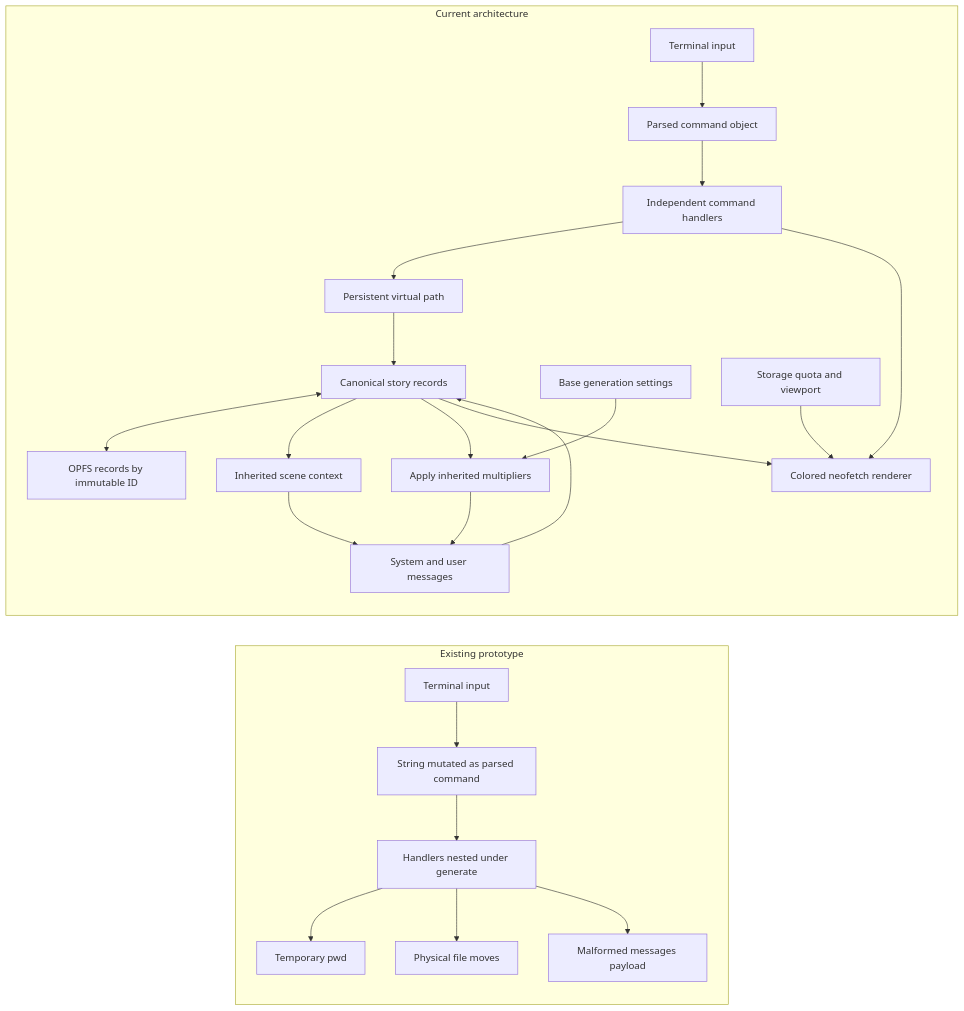
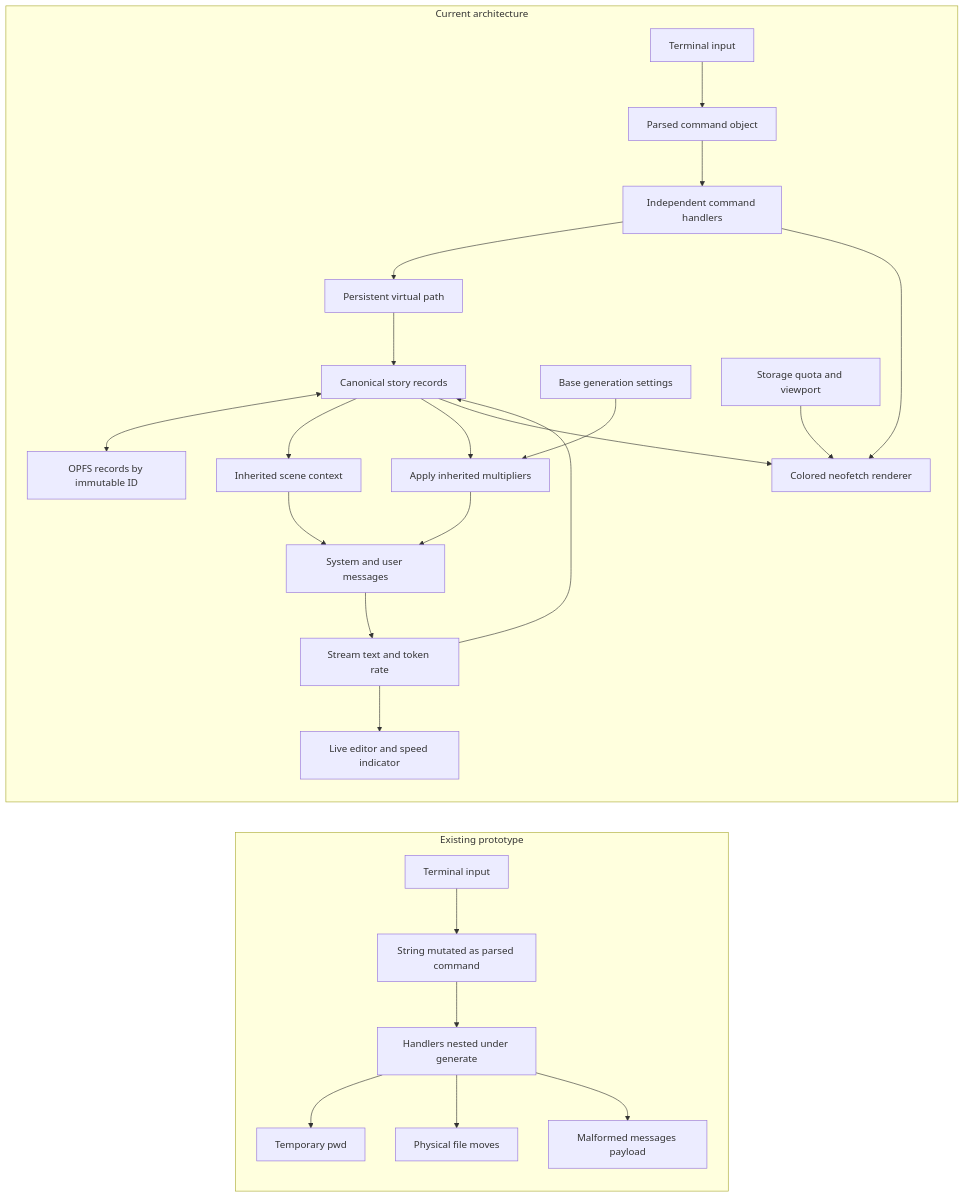
The diagram in README.md (Colin1337X/cherenkov), drawn with Mermaid before and after one commit. The commit also changed other lines of this file and 3 other files, not shown here.

Commit message:
Stream generation with token speed indicator

````diff
--- a/README.md
+++ b/README.md
@@ -64,29 +66,31 @@
 ```mermaid
 flowchart LR
     subgraph Before[Existing prototype]
         direction TB
         BUI[Terminal input] --> BPARSE[String mutated as parsed command]
         BPARSE --> BDISPATCH[Handlers nested under generate]
         BDISPATCH --> BSTATE[Temporary pwd]
         BDISPATCH --> BFILES[Physical file moves]
         BDISPATCH --> BAPI[Malformed messages payload]
     end
 
     subgraph After[Current architecture]
         direction TB
         AUI[Terminal input] --> APARSE[Parsed command object]
         APARSE --> ACMD[Independent command handlers]
         ACMD --> APATH[Persistent virtual path]
         APATH --> ARECORDS[Canonical story records]
         ARECORDS <--> AOPFS[OPFS records by immutable ID]
         ARECORDS --> ACTX[Inherited scene context]
         ACTX --> AAPI[System and user messages]
         ABASE[Base generation settings] --> AMULT[Apply inherited multipliers]
         ARECORDS --> AMULT
         AMULT --> AAPI
-        AAPI --> ARECORDS
+        AAPI --> ASTREAM[Stream text and token rate]
+        ASTREAM --> AEDITOR[Live editor and speed indicator]
+        ASTREAM --> ARECORDS
         ACMD --> ANEO[Colored neofetch renderer]
         ARECORDS --> ANEO
         ABROWSER[Storage quota and viewport] --> ANEO
     end
 ```
````
